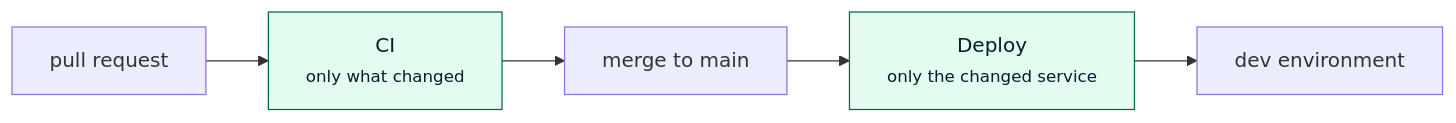
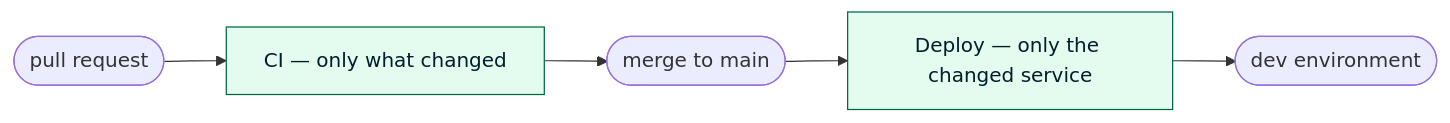
The fourth of 4 diagrams in README.md (fadlytanjung/ccoa-agent), drawn with Mermaid before and after one commit. The commit also changed other lines of this file and 7 other files, not shown here.

````diff
--- a/README.md
+++ b/README.md
@@ -164,10 +234,10 @@
 ```mermaid
 graph LR
-    PR["pull request"] --> CI["CI<br/><small>only what changed</small>"]
-    CI --> Merge["merge to main"]
-    Merge --> DEP["Deploy<br/><small>only the changed service</small>"]
-    DEP --> Live["dev environment"]
+    PR(["pull request"]) --> CI["CI — only what changed"]
+    CI --> M(["merge to main"])
+    M --> DEP["Deploy — only the changed service"]
+    DEP --> LIVE(["dev environment"])
 
     classDef ok fill:#e3fcef,stroke:#00684a,color:#001e2b
     class CI,DEP ok
 ```
````
